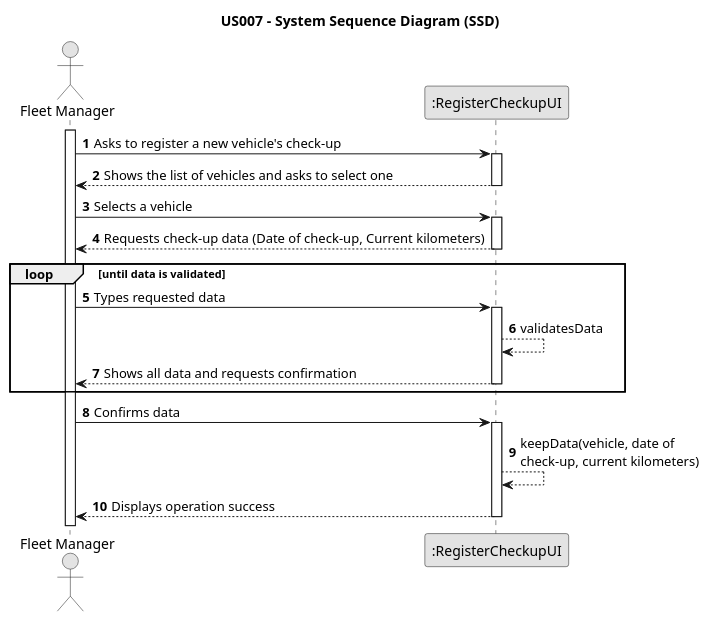
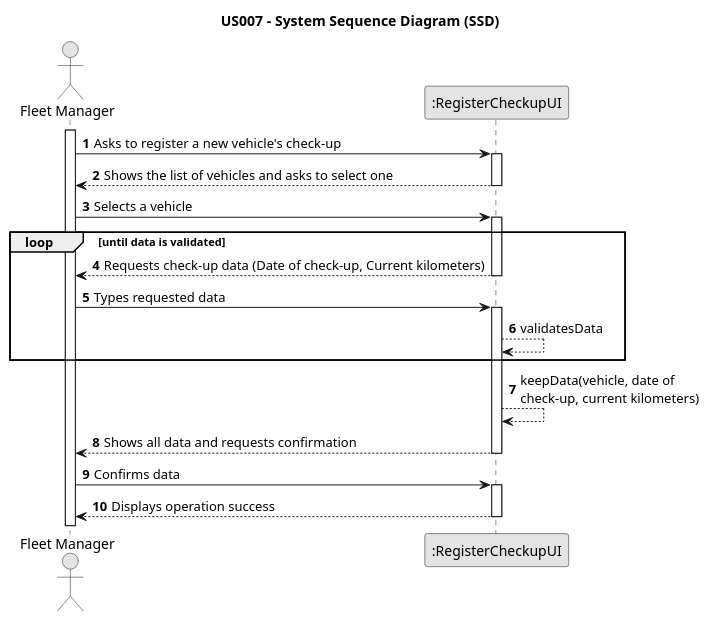
One commit to Rui-San/LAPR2_2023_2024 changed the diagram in docs/sprintB/us007/01.requirements-engineering/puml/us007-system-sequence-diagram.puml. Above: the diagram before and after it, drawn with PlantUML. The commit also changed other lines of this file, not shown here.

```diff
--- a/docs/sprintB/us007/01.requirements-engineering/puml/us007-system-sequence-diagram.puml
+++ b/docs/sprintB/us007/01.requirements-engineering/puml/us007-system-sequence-diagram.puml
@@ -1,41 +1,41 @@
 @startuml
 skinparam monochrome true
 skinparam packageStyle rectangle
 skinparam shadowing false
 
 title US007 - System Sequence Diagram (SSD)
 
 autonumber
 
 actor "Fleet Manager" as Employee
 participant ":RegisterCheckupUI" as System
 
 activate Employee
 
     Employee -> System : Asks to register a new vehicle's check-up
     activate System
 
         System --> Employee : Shows the list of vehicles and asks to select one
     deactivate System
 
     Employee -> System : Selects a vehicle
     activate System
 
+    loop until data is validated
         System --> Employee : Requests check-up data (Date of check-up, Current kilometers)
     deactivate System
-    loop until data is validated
     Employee -> System : Types requested data
     activate System
         System --> System : validatesData
+    end loop
+        System --> System : keepData(vehicle, date of \ncheck-up, current kilometers)
         System --> Employee : Shows all data and requests confirmation
     deactivate System
 
-    end loop
 
     Employee -> System : Confirms data
     activate System
-        System --> System : keepData(vehicle, date of \ncheck-up, current kilometers)
         System --> Employee : Displays operation success
     deactivate System
 
 @enduml
```
